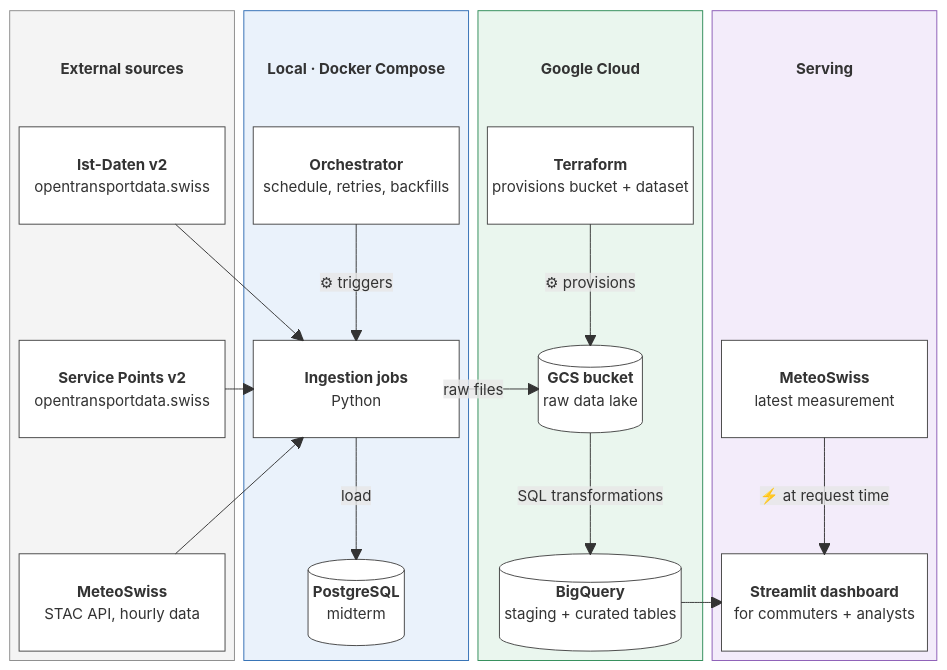
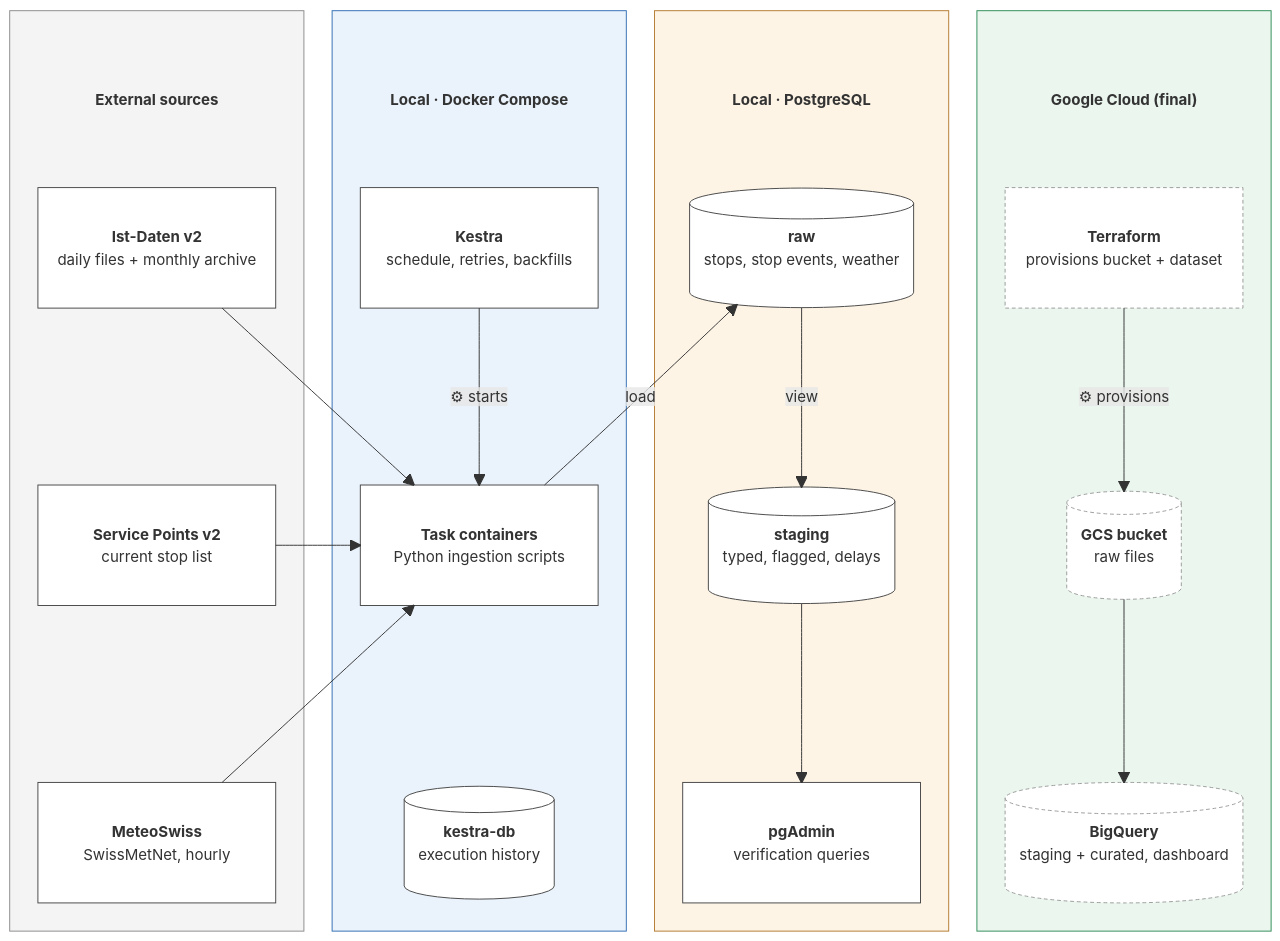
One commit to theodorahaimoff/HSLU_HS26_DENG changed the diagram in README.md. Above: the diagram before and after it, drawn with Mermaid. The commit also changed other lines of this file and 8 other files, not shown here.

Commit message:
docs: add architecture v0.2 and align docs with the tested pipeline

````diff
--- a/README.md
+++ b/README.md
@@ -75,61 +75,62 @@
 ```mermaid
-%%{init: {"block": {"padding": 10}}}%%
+%%{init: {"block": {"padding": 30}}}%%
 block-beta
   columns 4
   block:EXT:1
     columns 1
     T1["External sources"]
-    S1["<b>Ist-Daten v2</b><br/>opentransportdata.swiss"]
+    S1["<b>Ist-Daten v2</b><br/>daily files + monthly archive"]
     space
-    S2["<b>Service Points v2</b><br/>opentransportdata.swiss"]
+    S2["<b>Service Points v2</b><br/>current stop list"]
     space
-    S3["<b>MeteoSwiss</b><br/>STAC API, hourly data"]
+    S3["<b>MeteoSwiss</b><br/>SwissMetNet, hourly"]
   end
   block:DC:1
     columns 1
     T2["Local · Docker Compose"]
-    O["<b>Orchestrator</b><br/>schedule, retries, backfills"]
+    K["<b>Kestra</b><br/>schedule, retries, backfills"]
     space
-    I["<b>Ingestion jobs</b><br/>Python"]
+    I["<b>Task containers</b><br/>Python ingestion scripts"]
     space
-    P[("<b>PostgreSQL</b><br/>midterm")]
+    KDB[("<b>kestra-db</b><br/>execution history")]
+  end
+  block:PG:1
+    columns 1
+    T3["Local · PostgreSQL"]
+    R[("<b>raw</b><br/>stops, stop events, weather")]
+    space
+    ST[("<b>staging</b><br/>typed, flagged, delays")]
+    space
+    A["<b>pgAdmin</b><br/>verification queries"]
   end
   block:GCP:1
     columns 1
-    T3["Google Cloud"]
+    T4["Google Cloud (final)"]
     TF["<b>Terraform</b><br/>provisions bucket + dataset"]
     space
-    G[("<b>GCS bucket</b><br/>raw data lake")]
+    G[("<b>GCS bucket</b><br/>raw files")]
     space
-    B[("<b>BigQuery</b><br/>staging + curated tables")]
-  end
-  block:SV:1
-    columns 1
-    T4["Serving"]
-    space
-    space
-    M["<b>MeteoSwiss</b><br/>latest measurement"]
-    space
-    D["<b>Streamlit dashboard</b><br/>for commuters + analysts"]
+    B[("<b>BigQuery</b><br/>staging + curated, dashboard")]
   end
 
   S1 --> I
   S2 --> I
   S3 --> I
-  O -- "⚙ triggers" --> I
-  I -- "load" --> P
-  I -- "raw files" --> G
+  K -- "⚙ starts" --> I
+  I -- "load" --> R
+  R -- "view" --> ST
+  ST --> A
   TF -- "⚙ provisions" --> G
-  G -- "SQL transformations" --> B
-  B --> D
-  M -- "⚡ at request time" --> D
+  G --> B
 
   classDef title fill:none,stroke:none,font-weight:bold
   classDef box fill:#ffffff,stroke:#444,color:#111
+  classDef later fill:#ffffff,stroke:#999,color:#666,stroke-dasharray:4 3
   class T1,T2,T3,T4 title
-  class S1,S2,S3,O,I,P,TF,G,B,M,D box
+  class S1,S2,S3,K,I,KDB,R,ST,A box
+  class TF,G,B later
   style EXT fill:#f4f4f4,stroke:#8a8a8a
   style DC fill:#eaf2fb,stroke:#2f6db3
+  style PG fill:#fdf4e6,stroke:#b37a2f
   style GCP fill:#eaf6ee,stroke:#2e8b57
-  style SV fill:#f3ecfa,stroke:#8a5bb5
 ```
````
